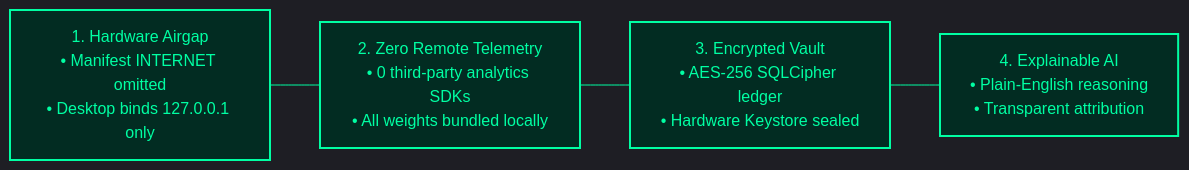
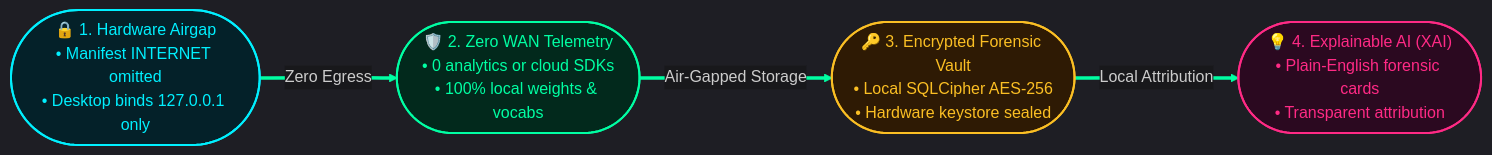
Before and after one commit to CODER0890/PocketSparrow: the fourth of 4 diagrams in README.md, drawn with Mermaid. The commit also changed other lines of this file, not shown here.

Commit message:
docs: add animated cyber themes, vibrant architecture pipeline, and interactive VS Code monorepo explorer

````diff
--- a/README.md
+++ b/README.md
@@ -773,13 +1214,28 @@
 ```mermaid
-%%{init: {'theme': 'dark', 'themeVariables': { 'darkMode': true, 'background': '#09090b', 'primaryColor': '#00ffa3', 'lineColor': '#00ffa3' }}}%%
+%%{init: {
+  'theme': 'dark',
+  'themeVariables': {
+    'darkMode': true,
+    'background': '#09090B',
+    'mainBkg': '#0D1117',
+    'primaryColor': '#00FFA3',
+    'primaryTextColor': '#FFFFFF',
+    'lineColor': '#00FFA3',
+    'edgeLabelBackground':'#18181B'
+  }
+}}%%
 flowchart LR
-    P1["1. Hardware Airgap\n• Manifest INTERNET omitted\n• Desktop binds 127.0.0.1 only"]
-    P2["2. Zero Remote Telemetry\n• 0 third-party analytics SDKs\n• All weights bundled locally"]
-    P3["3. Encrypted Vault\n• AES-256 SQLCipher ledger\n• Hardware Keystore sealed"]
-    P4["4. Explainable AI\n• Plain-English reasoning\n• Transparent attribution"]
+    P1(["🔒 1. Hardware Airgap<br/>• Manifest INTERNET omitted<br/>• Desktop binds 127.0.0.1 only"]):::cyan
+    P2(["🛡️ 2. Zero WAN Telemetry<br/>• 0 analytics or cloud SDKs<br/>• 100% local weights & vocabs"]):::emerald
+    P3(["🔑 3. Encrypted Forensic Vault<br/>• Local SQLCipher AES-256<br/>• Hardware keystore sealed"]):::amber
+    P4(["💡 4. Explainable AI (XAI)<br/>• Plain-English forensic cards<br/>• Transparent attribution"]):::magenta
 
-    P1 --- P2 --- P3 --- P4
+    P1 ==>|Zero Egress| P2
+    P2 ==>|Air-Gapped Storage| P3
+    P3 ==>|Local Attribution| P4
 
-    classDef guard fill:#022c22,stroke:#00ffa3,stroke-width:2px,color:#00ffa3;
-    class P1,P2,P3,P4 guard;
+    classDef cyan fill:#042129,stroke:#00F0FF,stroke-width:2px,color:#00F0FF;
+    classDef emerald fill:#02291C,stroke:#00FFA3,stroke-width:2px,color:#00FFA3;
+    classDef amber fill:#2E1A04,stroke:#FBBF24,stroke-width:2px,color:#FBBF24;
+    classDef magenta fill:#2B0920,stroke:#FF2A85,stroke-width:2px,color:#FF2A85;
 ```
````
